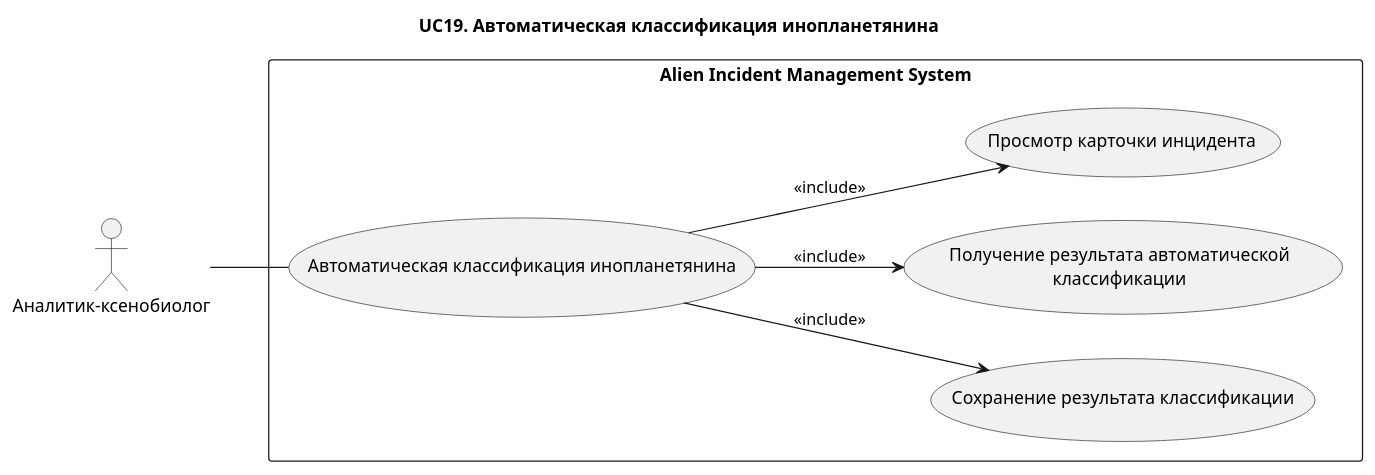
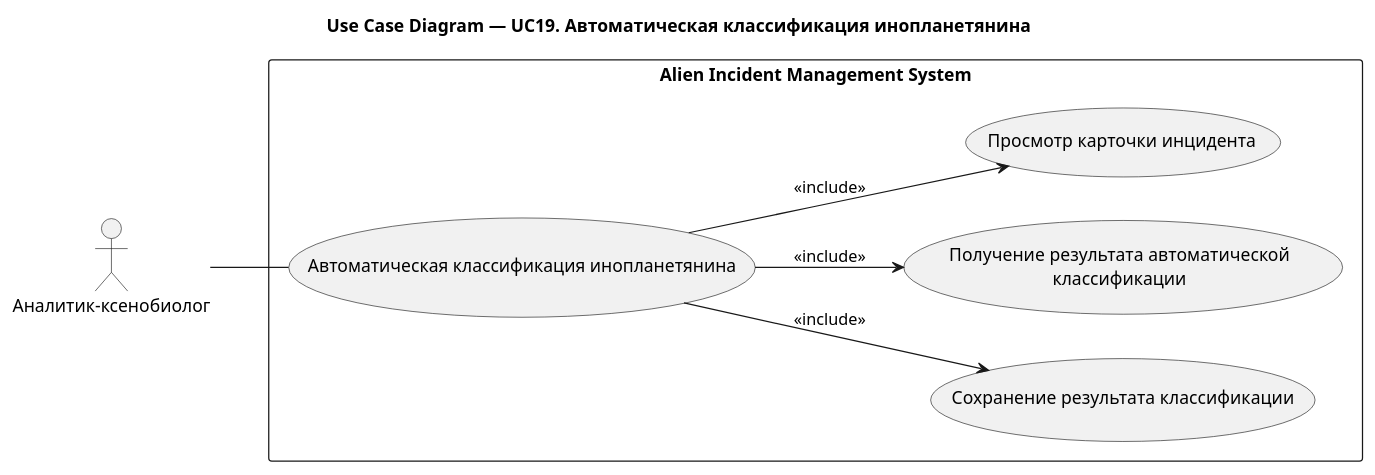
The diagram in docs/use-case/UC19.md (Andryss/AIMS), drawn with PlantUML before and after one commit. The commit also changed 31 other files, not shown here.

````diff
--- a/docs/use-case/UC19.md
+++ b/docs/use-case/UC19.md
@@ -5,25 +5,25 @@
 ```plantuml
 @startuml
-title UC19. Автоматическая классификация инопланетянина
+title Use Case Diagram — UC19. Автоматическая классификация инопланетянина
 left to right direction
 
 actor "Аналитик-ксенобиолог" as Analyst
 
 rectangle "Alien Incident Management System" {
 
 (Автоматическая классификация инопланетянина) as UC11
 
 (Сохранение результата классификации) as UC116
 (Получение результата автоматической\nклассификации) as UC115
 (Просмотр карточки инцидента) as UC111
 
 }
 
 Analyst -- UC11
 
 UC11 --> UC111 : <<include>>
 UC11 --> UC115 : <<include>>
 UC11 --> UC116 : <<include>>
 
 @enduml
 ```
````
